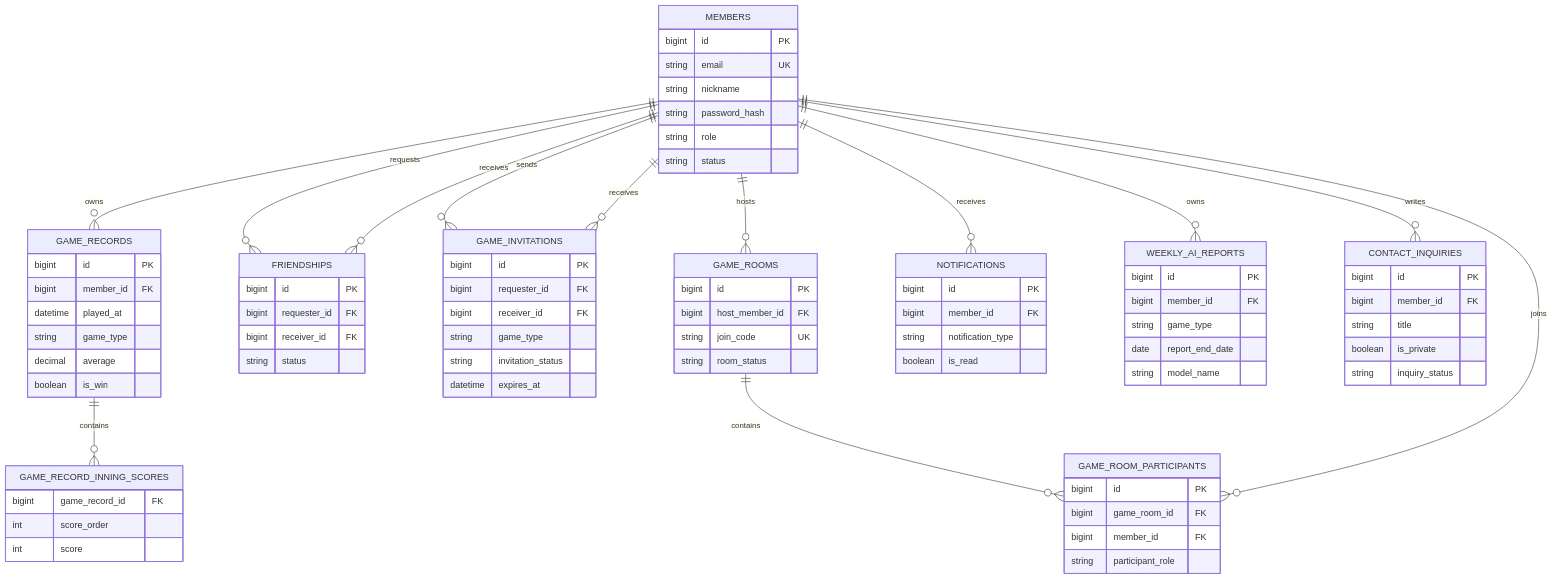
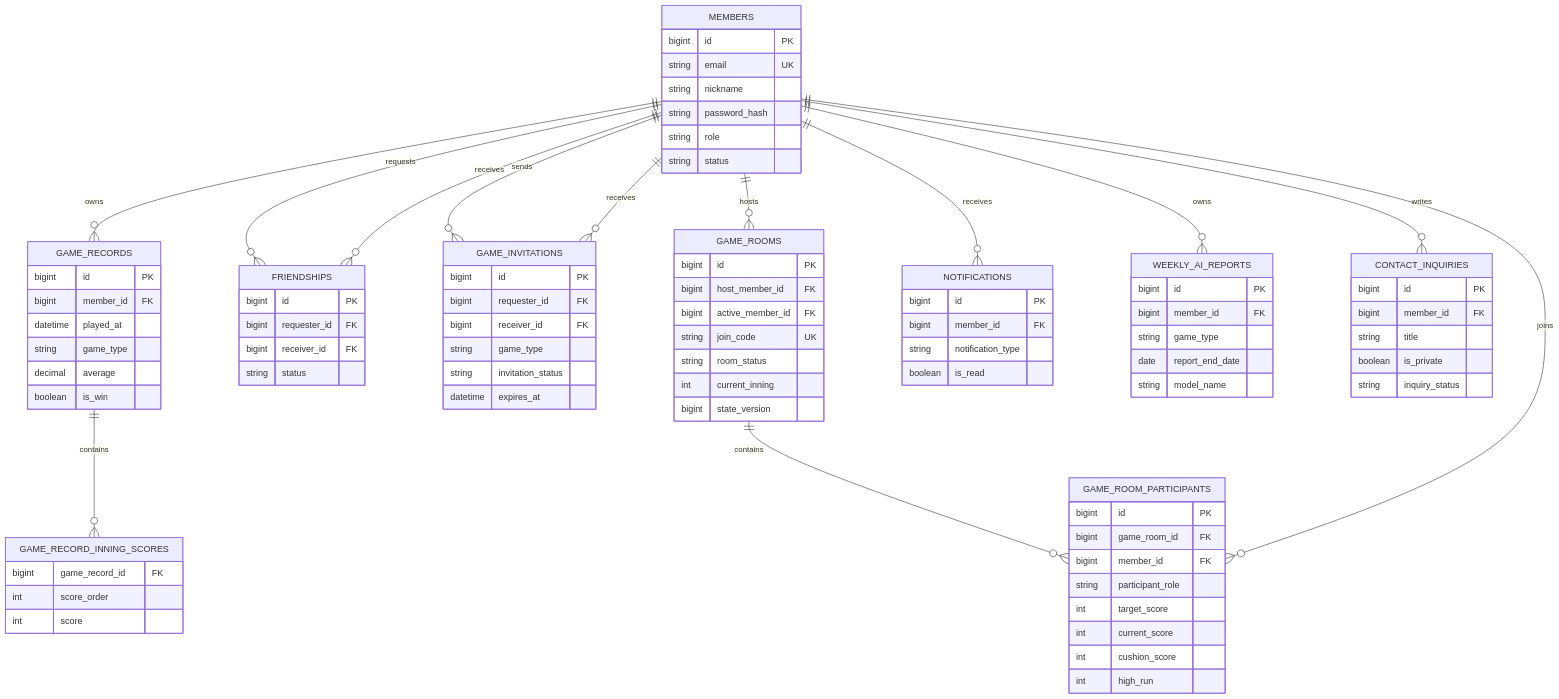
Before and after one commit to kimsesdook/Billiards-Analysis: the second of 2 diagrams in README.md, drawn with Mermaid. The commit also changed other lines of this file and 17 other files, not shown here.

```diff
--- a/README.md
+++ b/README.md
@@ -103,14 +104,21 @@
     GAME_ROOMS {
         bigint id PK
         bigint host_member_id FK
+        bigint active_member_id FK
         string join_code UK
         string room_status
+        int current_inning
+        bigint state_version
     }
     GAME_ROOM_PARTICIPANTS {
         bigint id PK
         bigint game_room_id FK
         bigint member_id FK
         string participant_role
+        int target_score
+        int current_score
+        int cushion_score
+        int high_run
     }
     NOTIFICATIONS {
         bigint id PK
```
